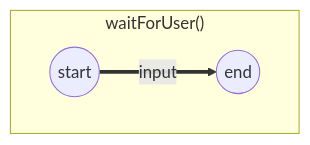
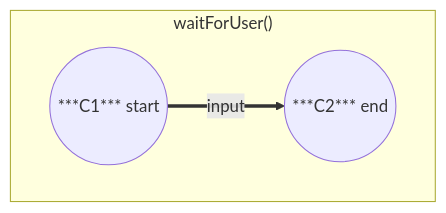
One commit to AlbelNox/EAN-Progamm changed the third of 8 diagrams in Walkthrough.md. Above: the diagram before and after it, drawn with Mermaid. The commit also changed other lines of this file, not shown here.

First line of the commit message:
Amend Controll flow graphs with identifikators per field

````diff
--- a/Walkthrough.md
+++ b/Walkthrough.md
@@ -146,6 +146,6 @@
 ```mermaid
 graph TD
 subgraph "waitForUser()"
-A((start)) ==>|input| B((end)) 
+A((***C1*** start)) ==>|input| B((***C2*** end)) 
 end
 ```
````
